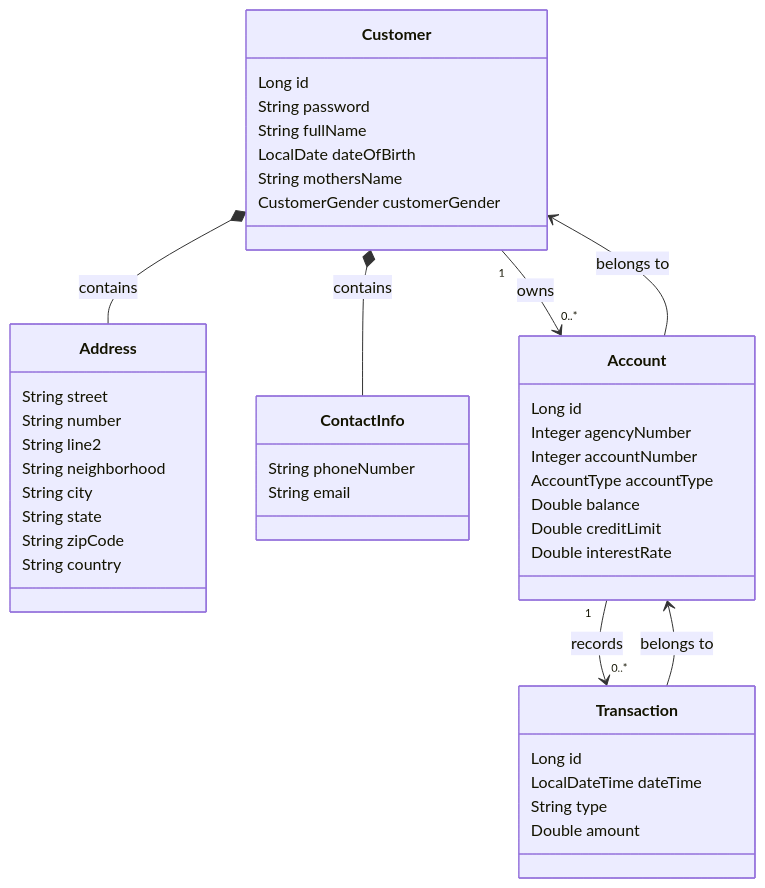
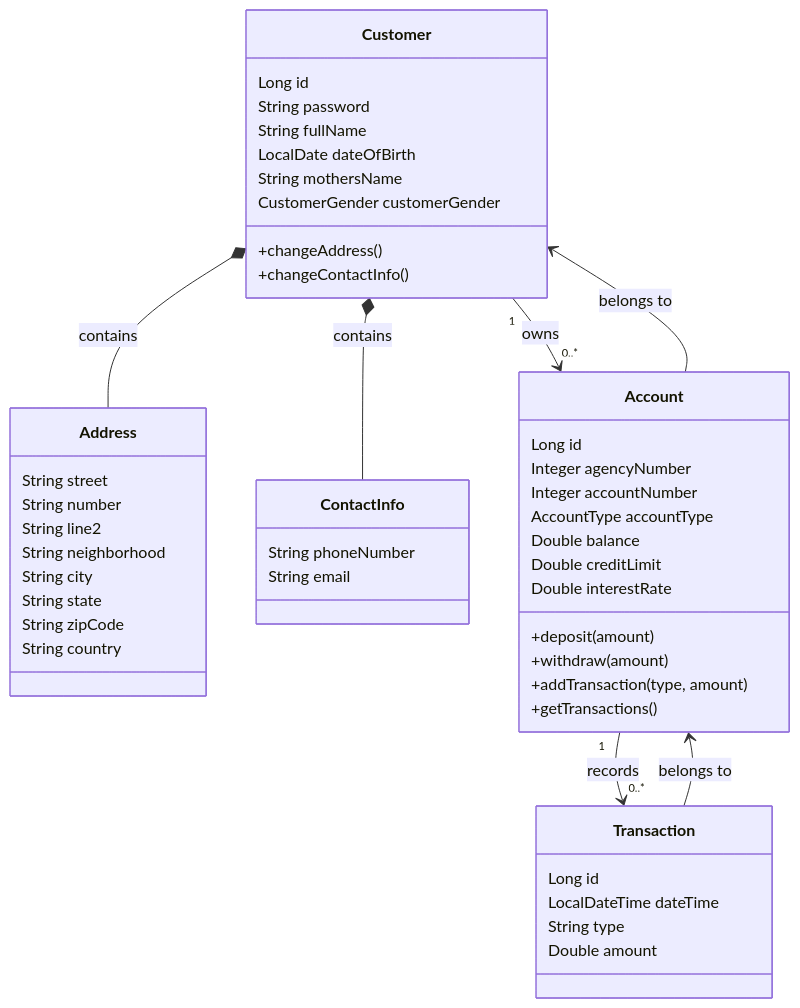
One commit to ricardobfernandes/bank-ddd-architecture changed the first of 2 diagrams in README.md. Above: the diagram before and after it, drawn with Mermaid.

Commit message:
Readme adjustment

````diff
--- a/README.md
+++ b/README.md
@@ -578,57 +578,65 @@
 ```mermaid
 classDiagram
 
 class Customer {
     Long id
     String password
     String fullName
     LocalDate dateOfBirth
     String mothersName
     CustomerGender customerGender
+
+    +changeAddress()
+    +changeContactInfo()
 }
 
 class Address {
     String street
     String number
     String line2
     String neighborhood
     String city
     String state
     String zipCode
     String country
 }
 
 class ContactInfo {
     String phoneNumber
     String email
 }
 
 class Account {
     Long id
     Integer agencyNumber
     Integer accountNumber
     AccountType accountType
     Double balance
     Double creditLimit
     Double interestRate
+    
+    +deposit(amount)
+    +withdraw(amount)
+    +addTransaction(type, amount)
+    +getTransactions()
 }
 
 class Transaction {
     Long id
     LocalDateTime dateTime
     String type
     Double amount
 }
 
 Customer "1" --> "0..*" Account : owns
 
 Account "1" --> "0..*" Transaction : records
 
 Customer *-- Address : contains
 
 Customer *-- ContactInfo : contains
 
 Account --> Customer : belongs to
 
 Transaction --> Account : belongs to
 ```
````
